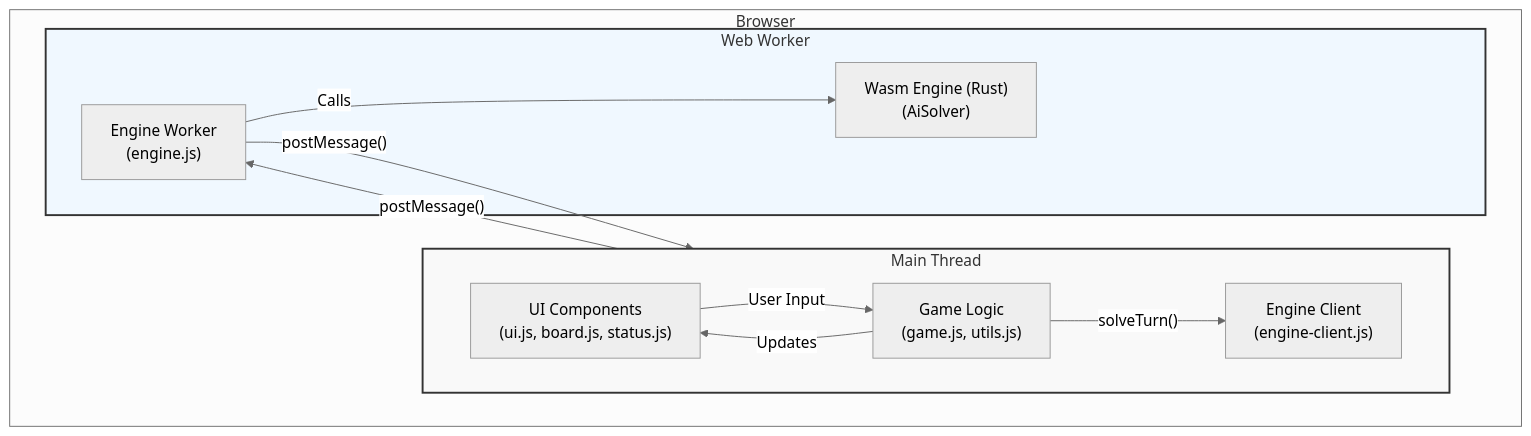
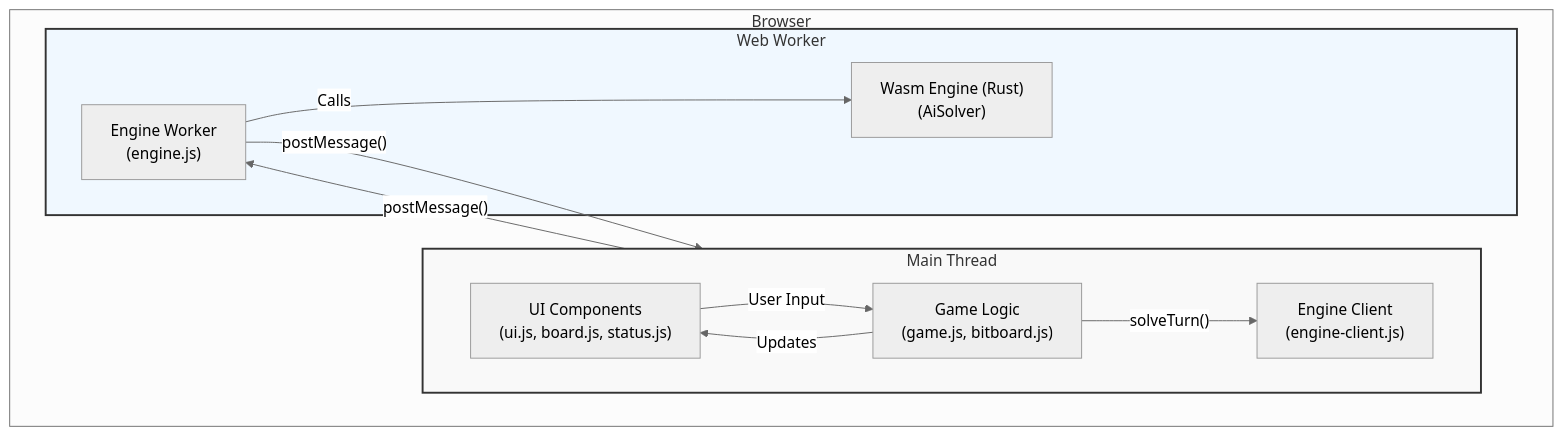
The first of 6 diagrams in deft-reversi-web/docs/architecture.md (ikepggthb/deft-reversi), drawn with Mermaid (neutral theme) before and after one commit. The commit also changed other lines of this file and 23 other files, not shown here.

````diff
--- a/deft-reversi-web/docs/architecture.md
+++ b/deft-reversi-web/docs/architecture.md
@@ -19,28 +19,28 @@
 ```mermaid
 graph TD
     subgraph Browser
         subgraph MainThread [Main Thread]
             direction LR
             UIComponents["UI Components<br>(ui.js, board.js, status.js)"]
-            GameLogic["Game Logic<br>(game.js, utils.js)"]
+            GameLogic["Game Logic<br>(game.js, bitboard.js)"]
             EngineClient["Engine Client<br>(engine-client.js)"]
 
             UIComponents -- "User Input" --> GameLogic
             GameLogic -- "Updates" --> UIComponents
             GameLogic -- "solveTurn()" --> EngineClient
         end
 
         subgraph WorkerThread [Web Worker]
             EngineWorker["Engine Worker<br>(engine.js)"]
             WasmEngine["Wasm Engine (Rust)<br>(AiSolver)"]
 
             EngineWorker -- "Calls" --> WasmEngine
         end
 
         EngineClient -- "postMessage()" --> EngineWorker
         EngineWorker -- "postMessage()" --> EngineClient
     end
 
     style MainThread fill:#f9f9f9,stroke:#333,stroke-width:2px
     style WorkerThread fill:#f0f8ff,stroke:#333,stroke-width:2px
 ```
````
